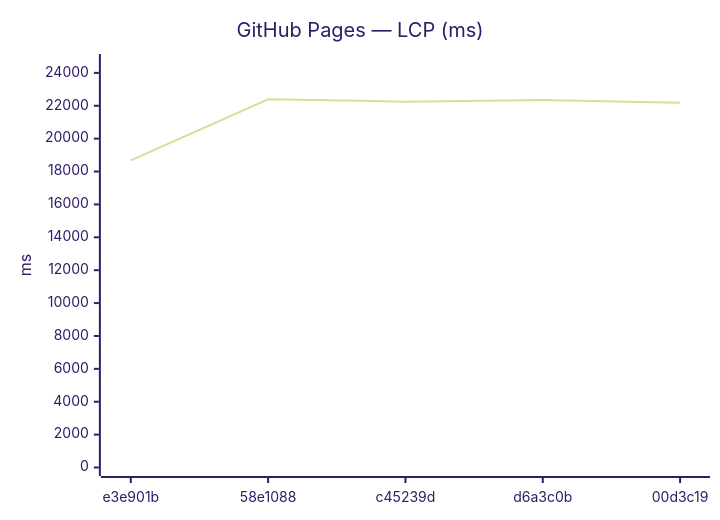
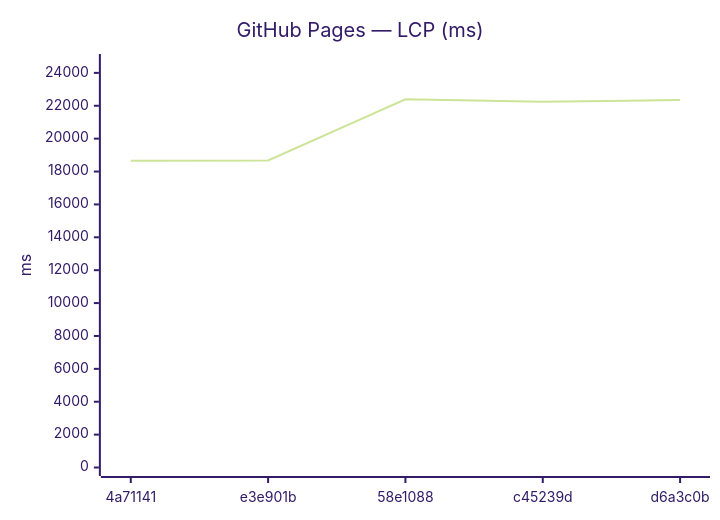
Before and after one commit to Metaheurist/Rianell: the ninth of 18 diagrams in benchmarks/compare.md, drawn with Mermaid (forest theme). The commit also changed other lines of this file and 11 other files, not shown here.

````diff
--- a/benchmarks/compare.md
+++ b/benchmarks/compare.md
@@ -142,7 +142,7 @@
 ```mermaid
 xychart-beta
     title "GitHub Pages — LCP (ms)"
-    x-axis ["e3e901b", "58e1088", "c45239d", "d6a3c0b", "00d3c19"]
+    x-axis ["4a71141", "e3e901b", "58e1088", "c45239d", "d6a3c0b"]
     y-axis "ms" 0 --> 24631
-    line [18674, 22391, 22250, 22344, 22178]
+    line [18660, 18674, 22391, 22250, 22344]
 ```
````
